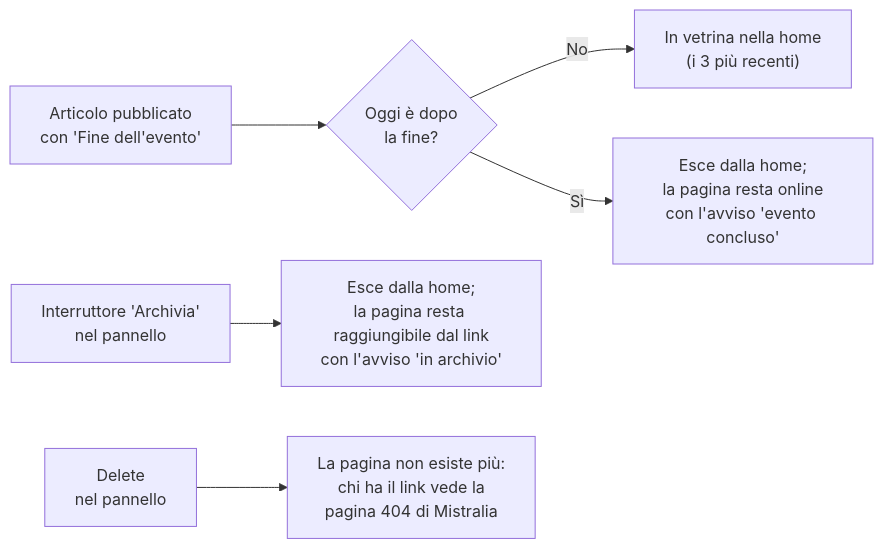
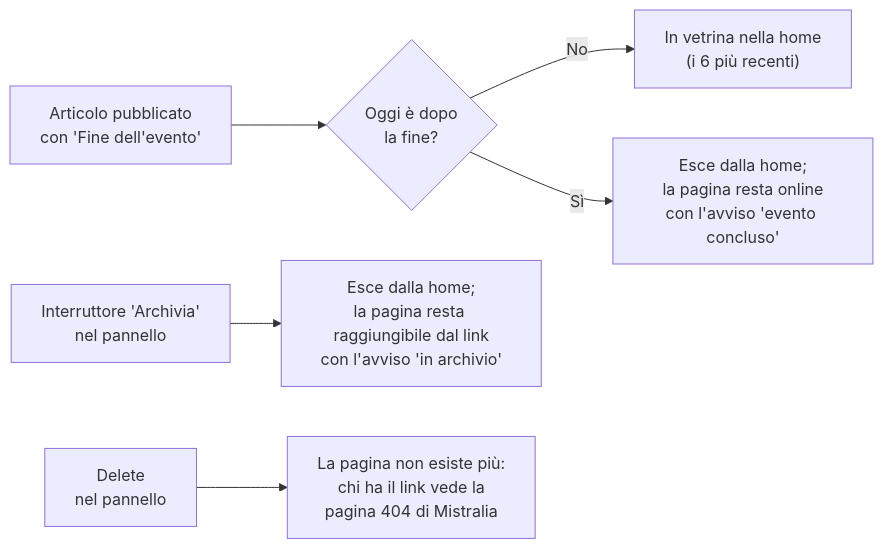
One commit to mistraliagianluca/mistraliagianluca.github.io changed the second of 3 diagrams in docs/03-sito.md. Above: the diagram before and after it, drawn with Mermaid. The commit also changed other lines of this file and 43 other files, not shown here.

````diff
--- a/docs/03-sito.md
+++ b/docs/03-sito.md
@@ -121,8 +139,8 @@
 ```mermaid
 flowchart LR
     A["Articolo pubblicato<br>con 'Fine dell'evento'"] --> B{"Oggi è dopo<br>la fine?"}
-    B -->|No| C["In vetrina nella home<br>(i 3 più recenti)"]
+    B -->|No| C["In vetrina nella home<br>(i 6 più recenti)"]
     B -->|Sì| D["Esce dalla home;<br>la pagina resta online<br>con l'avviso 'evento concluso'"]
     E["Interruttore 'Archivia'<br>nel pannello"] --> F["Esce dalla home;<br>la pagina resta raggiungibile dal link<br>con l'avviso 'in archivio'"]
     G["Delete<br>nel pannello"] --> H["La pagina non esiste più:<br>chi ha il link vede la<br>pagina 404 di Mistralia"]
 ```
````
